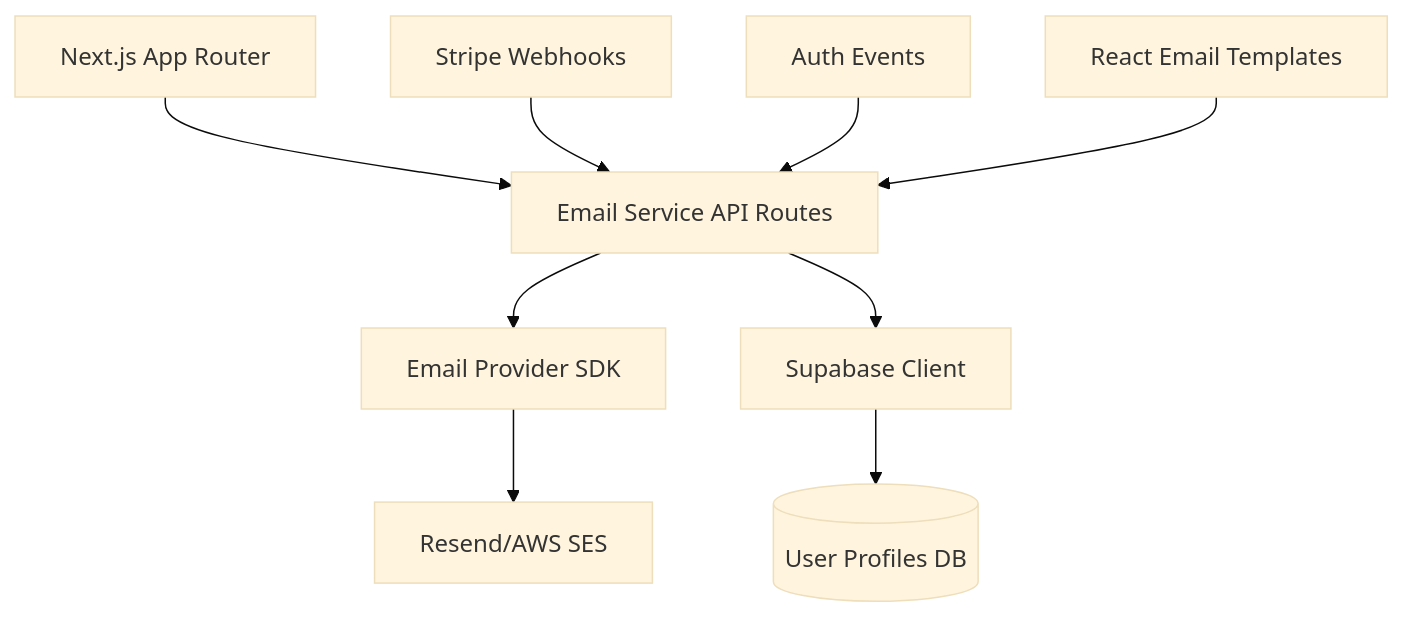
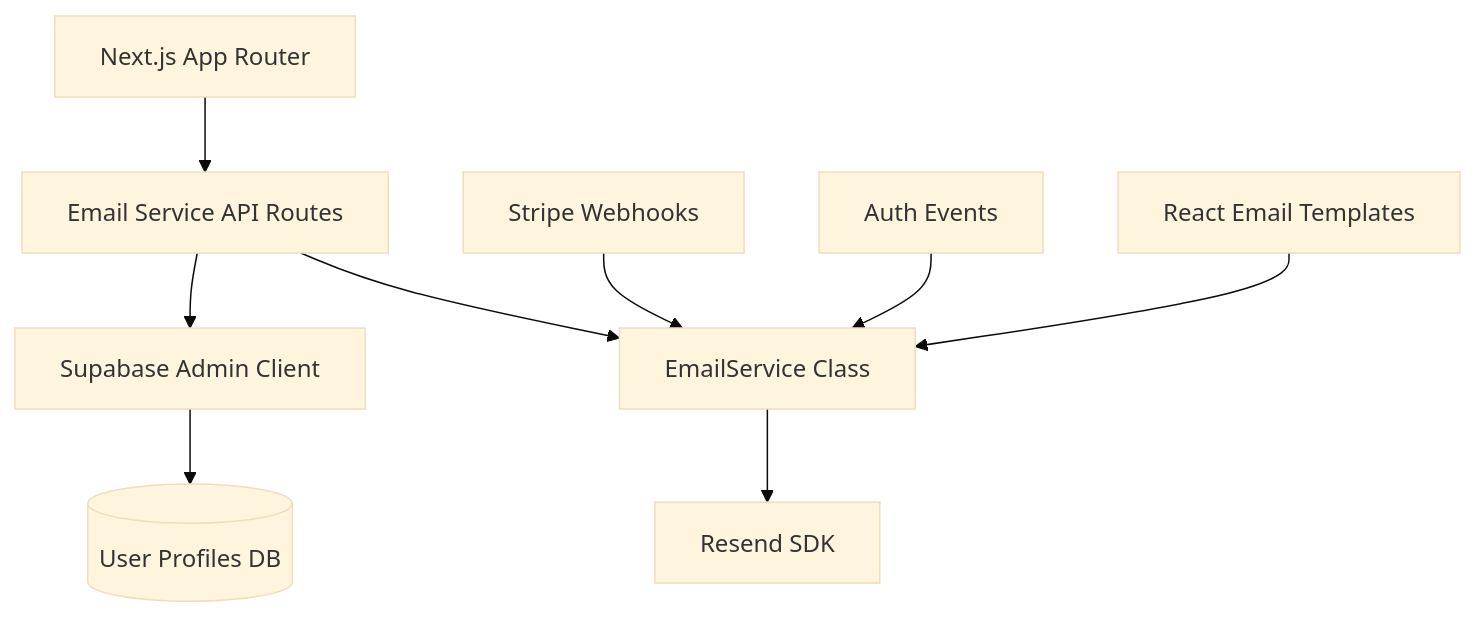
Before and after one commit to jonit-dev/pixelperfect: the first of 3 diagrams in docs/PRDs/email-notifications-prd.md, drawn with Mermaid (base theme). The commit also changed other lines of this file and 53 other files, not shown here.

````diff
--- a/docs/PRDs/email-notifications-prd.md
+++ b/docs/PRDs/email-notifications-prd.md
@@ -17,11 +18,11 @@
 ```mermaid
 graph TD
     A[Next.js App Router] --> B[Email Service API Routes]
-    B --> C[Email Provider SDK]
-    C --> D[Resend/AWS SES]
-    B --> E[Supabase Client]
+    B --> C[EmailService Class]
+    C --> D[Resend SDK]
+    B --> E[Supabase Admin Client]
     E --> F[(User Profiles DB)]
-    G[Stripe Webhooks] --> B
-    H[Auth Events] --> B
-    I[React Email Templates] --> B
+    G[Stripe Webhooks] --> C
+    H[Auth Events] --> C
+    I[React Email Templates] --> C
 ```
````
